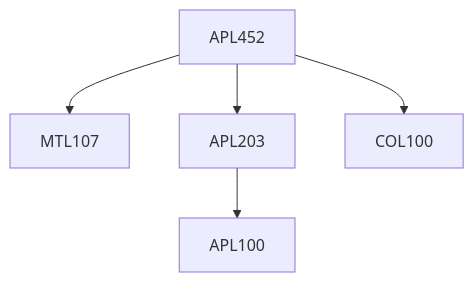
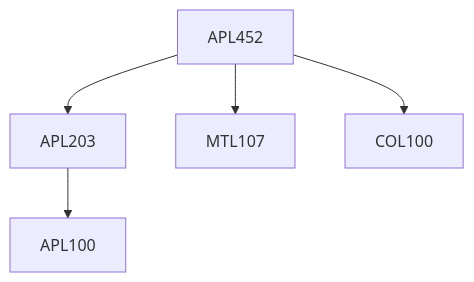
One commit to KeshavBansal0122/CoS_Website changed the diagram in content/Applied Mechanics/APL452.md. Above: the diagram before and after it, drawn with Mermaid. The commit also changed other lines of this file and 2667 other files, not shown here.

````diff
--- a/content/Applied Mechanics/APL452.md
+++ b/content/Applied Mechanics/APL452.md
@@ -15,7 +13,11 @@
 ```mermaid
-graph TD
-APL452 --> MTL107
-APL452 --> APL203
-APL203 --> APL100
-APL452 --> COL100
+flowchart TD
+APL452-55[APL452]
+APL452-55 --> APL203-55[APL203]
+APL203-55 --> APL100-55[APL100]
+APL452-55 --> MTL107-55[MTL107]
+APL452-55 --> COL100-55[COL100]
+
+classDef empty height:17px, fill:transparent, stroke:transparent;
+classDef trueEmpty height:0px, width:0px;
 ```
````
